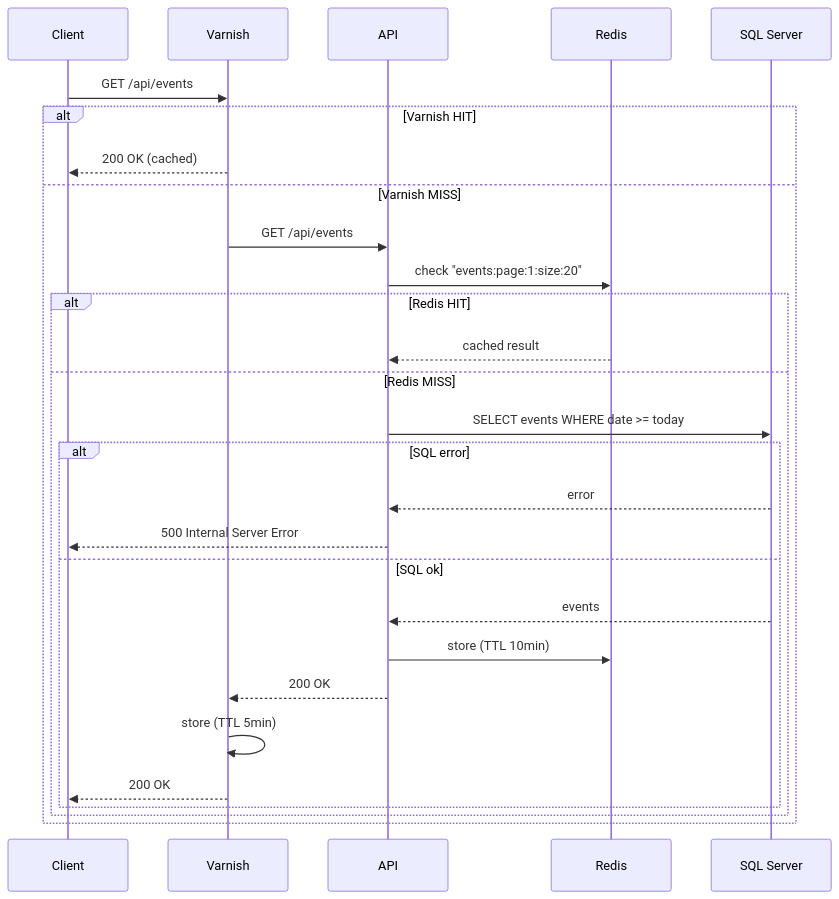
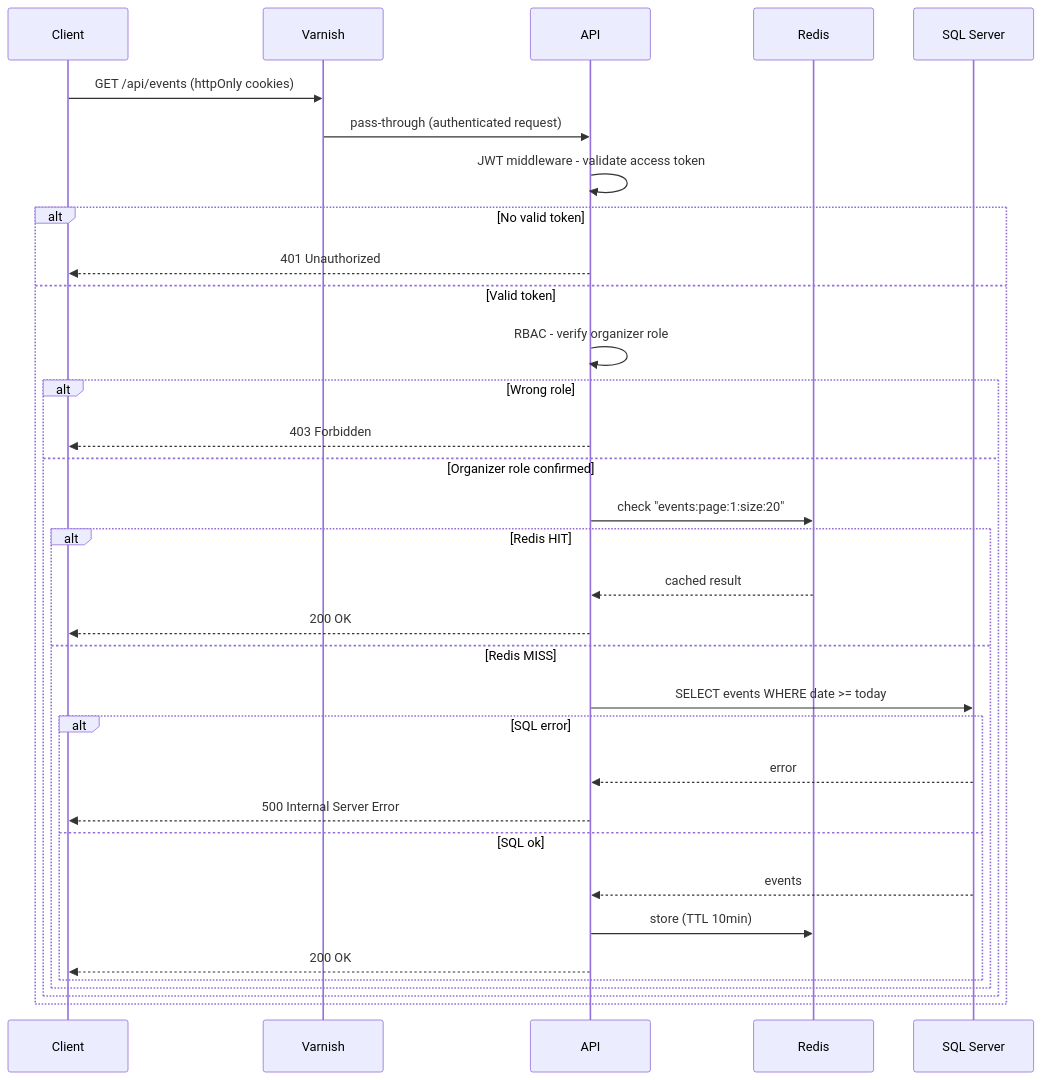
One commit to LaurentCondoure/EventManager changed the second of 11 diagrams in documentation/architecture/design/design-event-flows.md. Above: the diagram before and after it, drawn with Mermaid. The commit also changed other lines of this file and 58 other files, not shown here.

````diff
--- a/documentation/architecture/design/design-event-flows.md
+++ b/documentation/architecture/design/design-event-flows.md
@@ -41,31 +60,36 @@
 ```mermaid
 sequenceDiagram
     participant Client
     participant Varnish
     participant API
     participant Redis
     participant SQL as SQL Server
 
-    Client->>Varnish: GET /api/events
-    alt Varnish HIT
-        Varnish-->>Client: 200 OK (cached)
-    else Varnish MISS
-        Varnish->>API: GET /api/events
-        API->>Redis: check "events:page:1:size:20"
-        alt Redis HIT
-            Redis-->>API: cached result
-        else Redis MISS
-            API->>SQL: SELECT events WHERE date >= today
-            alt SQL error
-                SQL-->>API: error
-                API-->>Client: 500 Internal Server Error
-            else SQL ok
-                SQL-->>API: events
-                API->>Redis: store (TTL 10min)
-                API-->>Varnish: 200 OK
-                Varnish->>Varnish: store (TTL 5min)
-                Varnish-->>Client: 200 OK
+    Client->>Varnish: GET /api/events (httpOnly cookies)
+    Varnish->>API: pass-through (authenticated request)
+    API->>API: JWT middleware - validate access token
+    alt No valid token
+        API-->>Client: 401 Unauthorized
+    else Valid token
+        API->>API: RBAC - verify organizer role
+        alt Wrong role
+            API-->>Client: 403 Forbidden
+        else Organizer role confirmed
+            API->>Redis: check "events:page:1:size:20"
+            alt Redis HIT
+                Redis-->>API: cached result
+                API-->>Client: 200 OK
+            else Redis MISS
+                API->>SQL: SELECT events WHERE date >= today
+                alt SQL error
+                    SQL-->>API: error
+                    API-->>Client: 500 Internal Server Error
+                else SQL ok
+                    SQL-->>API: events
+                    API->>Redis: store (TTL 10min)
+                    API-->>Client: 200 OK
+                end
             end
         end
     end
 ```
````
